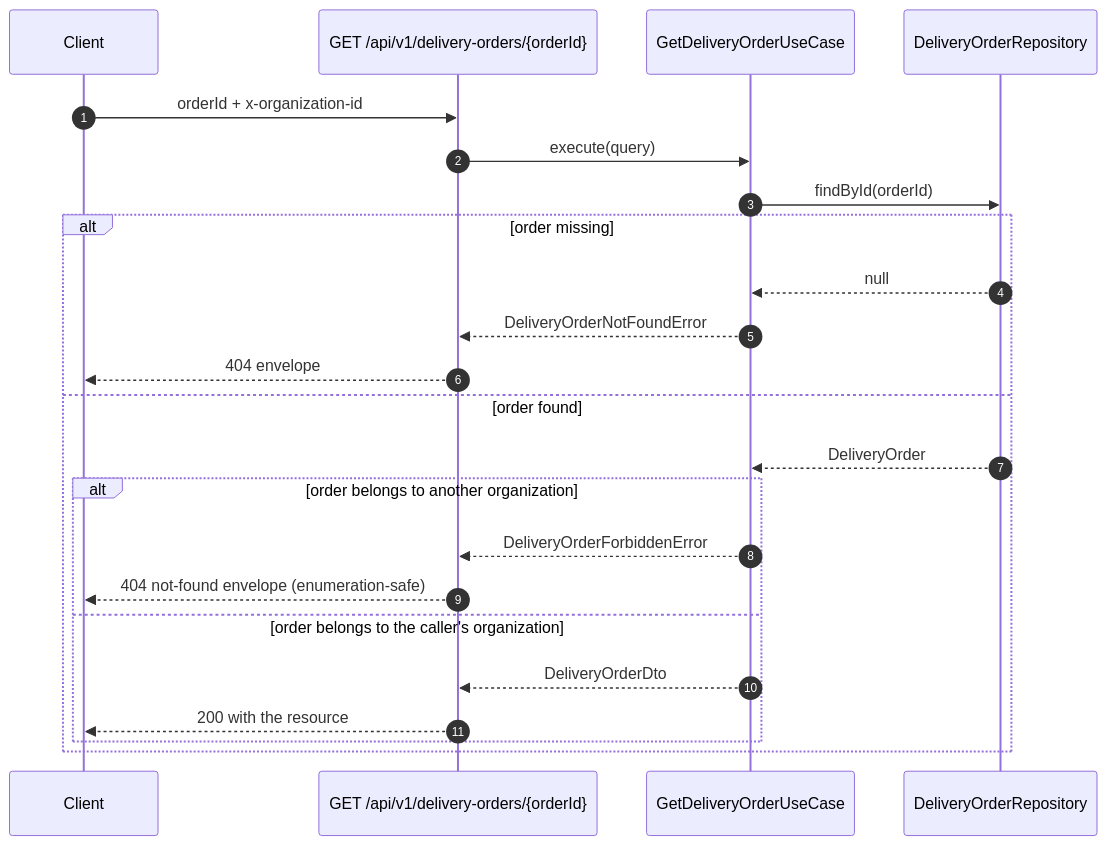
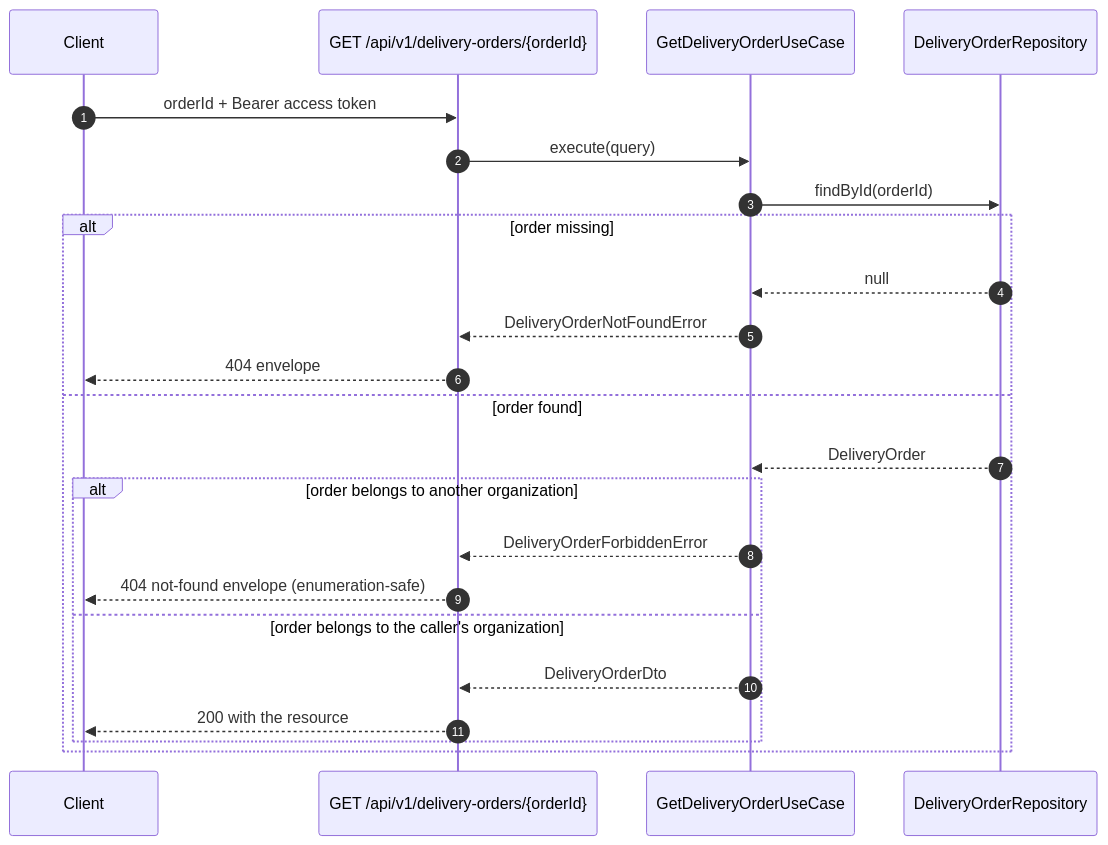
One commit to YordyBl/erp-logistic-gps changed the third of 3 diagrams in apps/api/src/modules/delivery-orders/docs/architecture.md. Above: the diagram before and after it, drawn with Mermaid. The commit also changed other lines of this file and 5 other files, not shown here.

````diff
--- a/apps/api/src/modules/delivery-orders/docs/architecture.md
+++ b/apps/api/src/modules/delivery-orders/docs/architecture.md
@@ -248,26 +258,26 @@
 ```mermaid
 sequenceDiagram
     autonumber
     participant Client
     participant Route as GET /api/v1/delivery-orders/{orderId}
     participant UC as GetDeliveryOrderUseCase
     participant Repo as DeliveryOrderRepository
 
-    Client->>Route: orderId + x-organization-id
+    Client->>Route: orderId + Bearer access token
     Route->>UC: execute(query)
     UC->>Repo: findById(orderId)
     alt order missing
         Repo-->>UC: null
         UC-->>Route: DeliveryOrderNotFoundError
         Route-->>Client: 404 envelope
     else order found
         Repo-->>UC: DeliveryOrder
         alt order belongs to another organization
             UC-->>Route: DeliveryOrderForbiddenError
             Route-->>Client: 404 not-found envelope (enumeration-safe)
         else order belongs to the caller's organization
             UC-->>Route: DeliveryOrderDto
             Route-->>Client: 200 with the resource
         end
     end
 ```
````
